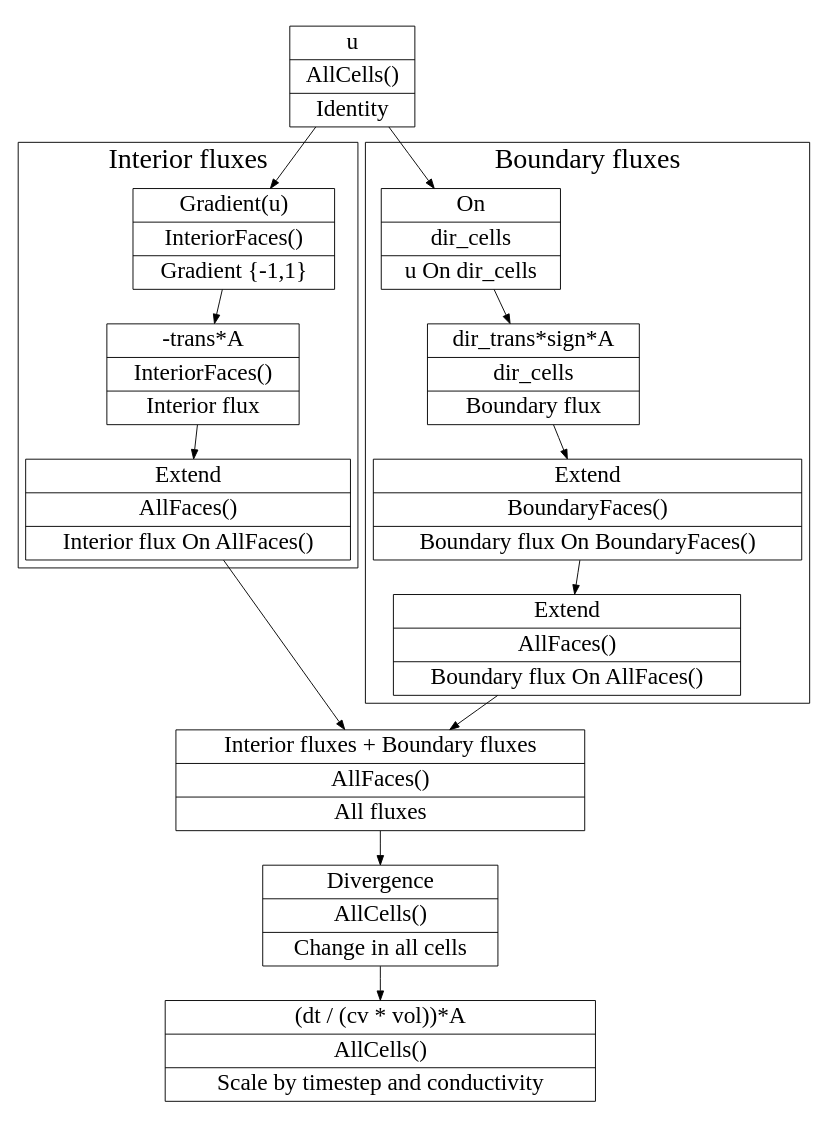
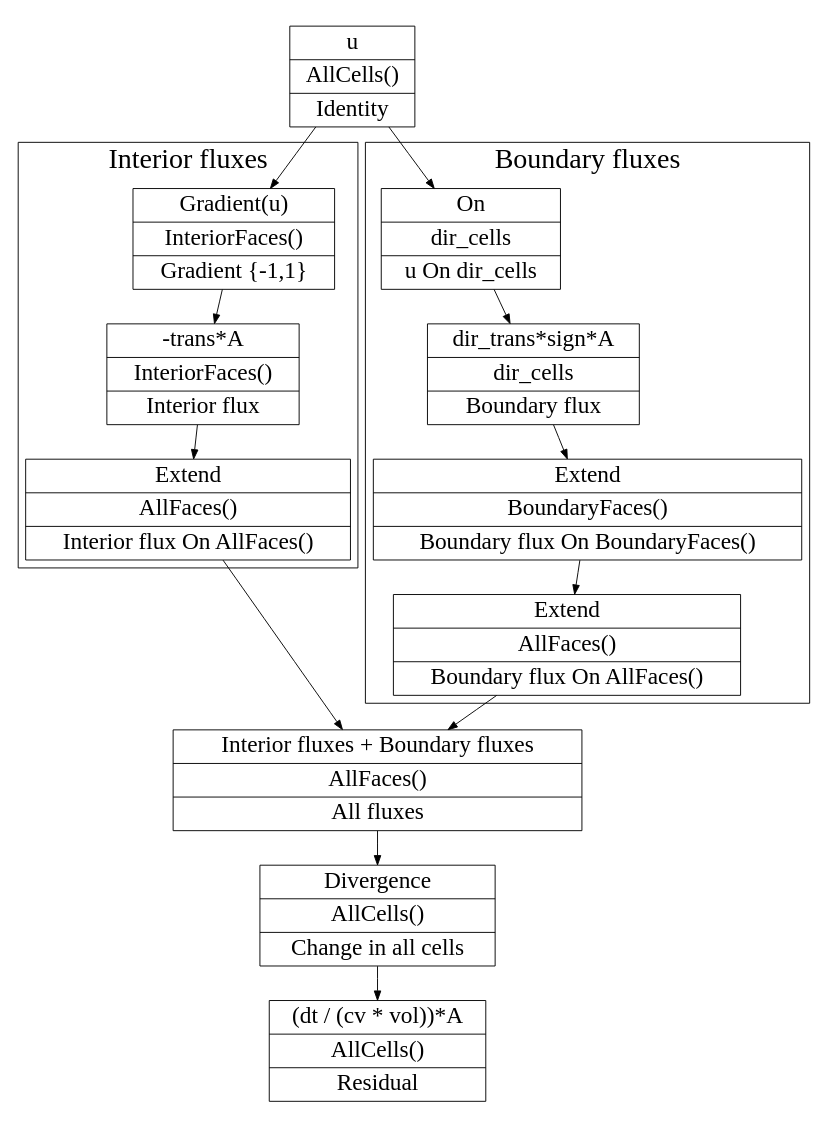
The diagram in HeateqMatrixLifetime.dot (johkri87/Graphs), drawn with Graphviz before and after one commit. The commit also changed 1 other file, not shown here.

```diff
--- a/HeateqMatrixLifetime.dot
+++ b/HeateqMatrixLifetime.dot
@@ -1,44 +1,44 @@
 digraph G {
 	#rankdir=LR;
 	compound=true;
 	#pack=true
 	node [shape=record, fontsize=25];
 	#ratio=compress;
 	#size="30,3"
 	subgraph cluster_u {
 		color=none
 		u [label="{u | AllCells() | Identity}"];
 	}
 
 	subgraph cluster_ifluxes {
 		label="Interior fluxes";
 		fontsize=30;
 		Grad [label="{Gradient(u) | InteriorFaces() | Gradient \{-1,1\}}"];
 		"-itrans" [label="{-trans*A | InteriorFaces() | Interior flux}"];
 		ExtendInterior [label="{Extend | AllFaces() | Interior flux On AllFaces()}"];
 
 	}
 
 	subgraph cluster_bfluxes {
 		label="Boundary fluxes";
 		fontsize=30;
 		On [label="{On | dir_cells | u On dir_cells}"];
 		"dir_trans" [label="{dir_trans*sign*A | dir_cells | Boundary flux}"];
 		ExtendBFaces [label="{Extend | BoundaryFaces() | Boundary flux On BoundaryFaces()}"];
 		ExtendAllFaces [label="{Extend | AllFaces() | Boundary flux On AllFaces()}"];
 
 	}
 
 		u -> Grad -> "-itrans" -> ExtendInterior;
 		u -> On -> "dir_trans" -> ExtendBFaces -> ExtendAllFaces;
 		ExtendAllFaces -> fluxes;
 		ExtendInterior -> fluxes;
 		fluxes -> divergence -> "(dt / (cv * vol)) * A"
 
 	subgraph cluster_end {
 		color=none;
 		fluxes [label="{Interior fluxes + Boundary fluxes | AllFaces() | All fluxes}"];
 		divergence [label="{Divergence | AllCells() | Change in all cells}"];
-		"(dt / (cv * vol)) * A" [label="{(dt / (cv * vol))*A | AllCells() | Scale by timestep and conductivity}"];
+		"(dt / (cv * vol)) * A" [label="{(dt / (cv * vol))*A | AllCells() | Residual}"];
 	}
 }
```
